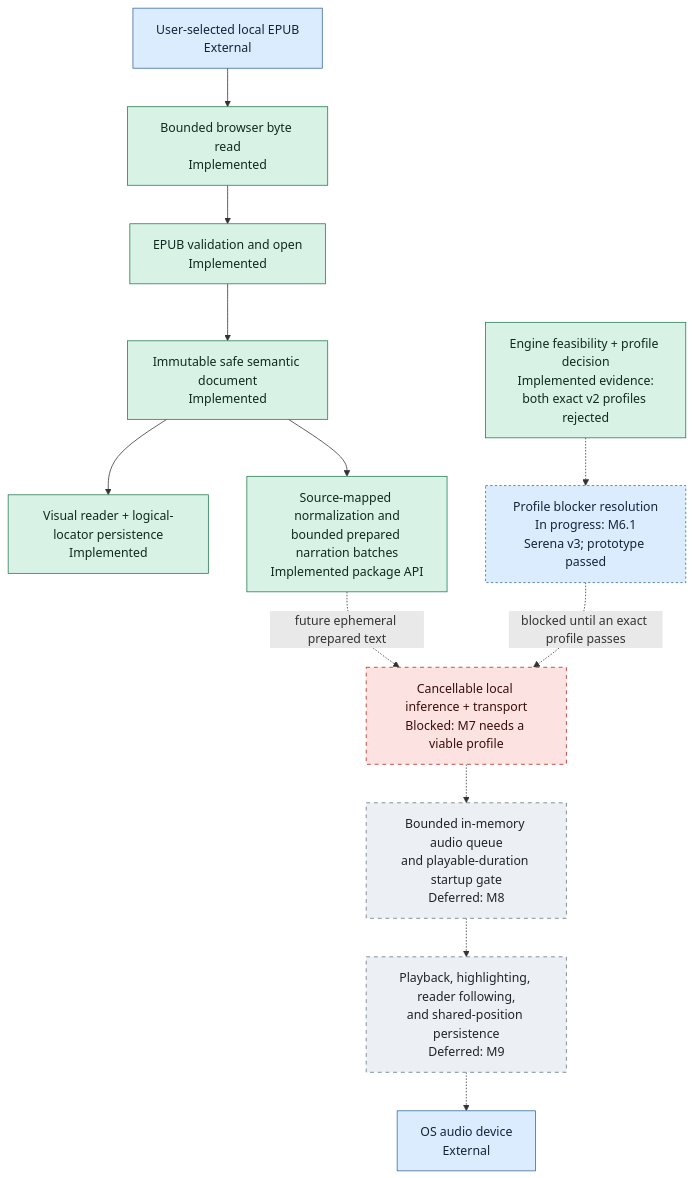
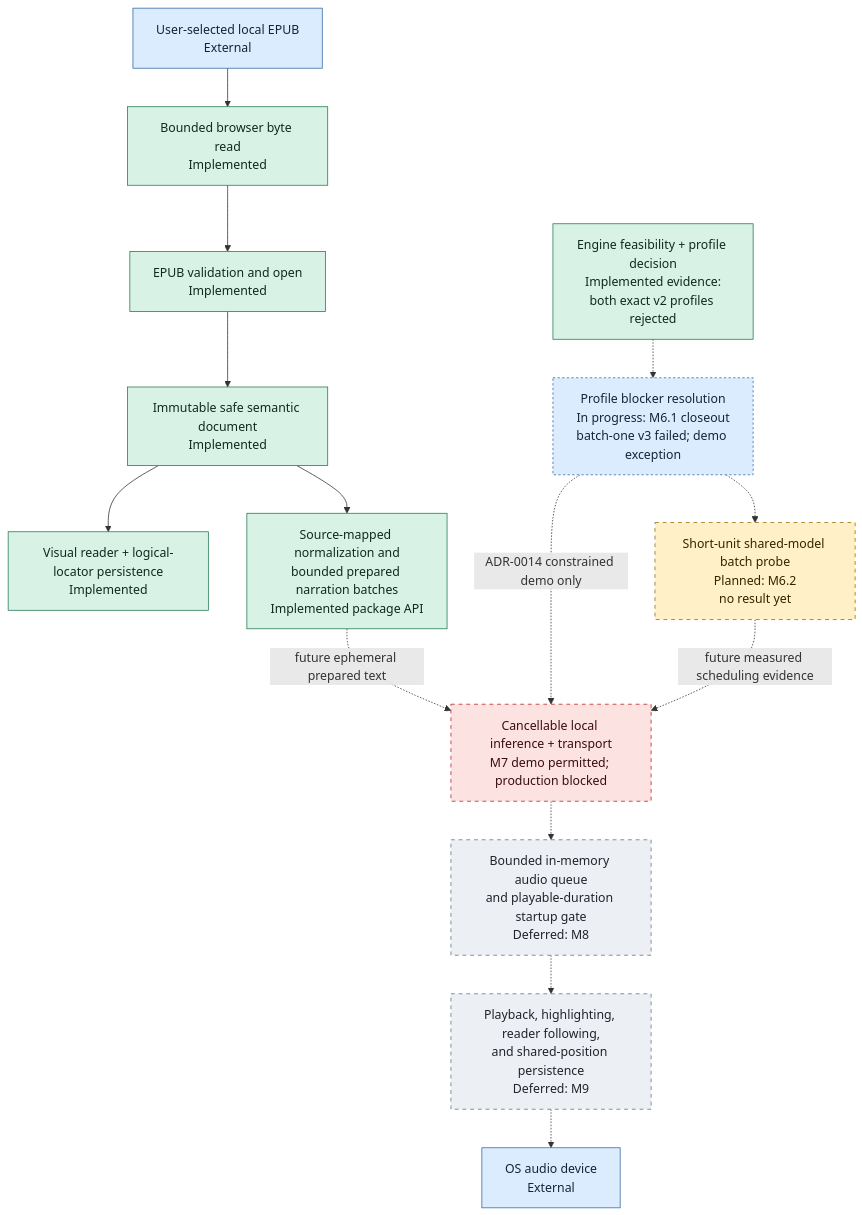
Before and after one commit to mmjosedaniel/voxleaf: the second of 2 diagrams in docs/architecture/system-diagram.md, drawn with Mermaid. The commit also changed other lines of this file and 14 other files, not shown here.

````diff
--- a/docs/architecture/system-diagram.md
+++ b/docs/architecture/system-diagram.md
@@ -103,31 +107,34 @@
 ```mermaid
 flowchart TD
     classDef implemented fill:#d9f2e6,stroke:#247a52,color:#102a20
     classDef progress fill:#dcecff,stroke:#356aa0,color:#13253a,stroke-dasharray: 3 3
     classDef planned fill:#fff0c7,stroke:#9a6b00,color:#332400,stroke-dasharray: 5 5
     classDef blocked fill:#fde2e2,stroke:#b42318,color:#3a0d0d,stroke-dasharray: 5 5
     classDef deferred fill:#eceff3,stroke:#667085,color:#20242a,stroke-dasharray: 5 5
     classDef external fill:#dcecff,stroke:#356aa0,color:#13253a
 
     FILE["User-selected local EPUB<br/>External"]:::external
     READ["Bounded browser byte read<br/>Implemented"]:::implemented
     OPEN["EPUB validation and open<br/>Implemented"]:::implemented
     SAFE["Immutable safe semantic document<br/>Implemented"]:::implemented
     VISUAL["Visual reader + logical-locator persistence<br/>Implemented"]:::implemented
     PREP["Source-mapped normalization and<br/>bounded prepared narration batches<br/>Implemented package API"]:::implemented
     PROFILE["Engine feasibility + profile decision<br/>Implemented evidence:<br/>both exact v2 profiles rejected"]:::implemented
-    NEXT_PROFILE["Profile blocker resolution<br/>In progress: M6.1<br/>Serena v3; prototype passed"]:::progress
-    INFER["Cancellable local inference + transport<br/>Blocked: M7 needs a viable profile"]:::blocked
+    NEXT_PROFILE["Profile blocker resolution<br/>In progress: M6.1 closeout<br/>batch-one v3 failed; demo exception"]:::progress
+    BATCH_PROBE["Short-unit shared-model batch probe<br/>Planned: M6.2<br/>no result yet"]:::planned
+    INFER["Cancellable local inference + transport<br/>M7 demo permitted; production blocked"]:::blocked
     BUFFER["Bounded in-memory audio queue<br/>and playable-duration startup gate<br/>Deferred: M8"]:::deferred
     FOLLOW["Playback, highlighting, reader following,<br/>and shared-position persistence<br/>Deferred: M9"]:::deferred
     DEVICE["OS audio device<br/>External"]:::external
 
     FILE --> READ --> OPEN --> SAFE --> VISUAL
     SAFE --> PREP
     PREP -.->|"future ephemeral prepared text"| INFER
     PROFILE -.-> NEXT_PROFILE
-    NEXT_PROFILE -.->|"blocked until an exact profile passes"| INFER
+    NEXT_PROFILE -.-> BATCH_PROBE
+    NEXT_PROFILE -.->|"ADR-0014 constrained demo only"| INFER
+    BATCH_PROBE -.->|"future measured scheduling evidence"| INFER
     INFER -.-> BUFFER
     BUFFER -.-> FOLLOW
     FOLLOW -.-> DEVICE
 ```
````
